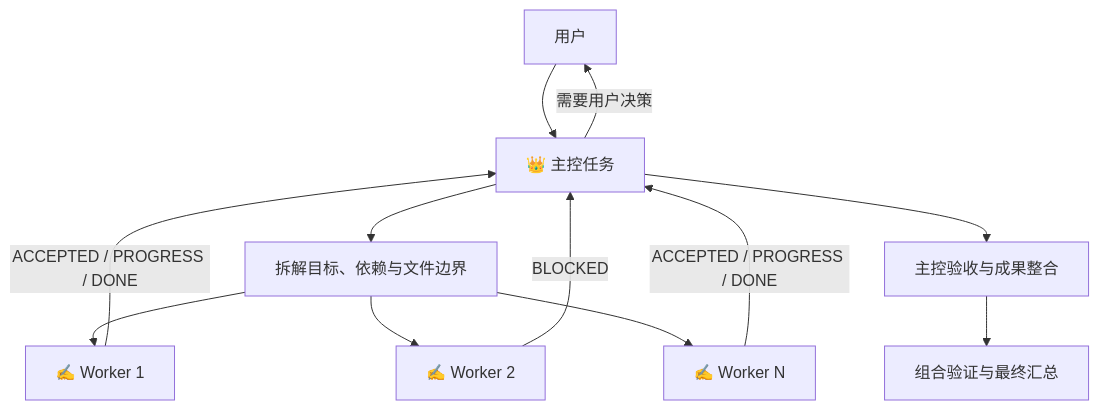
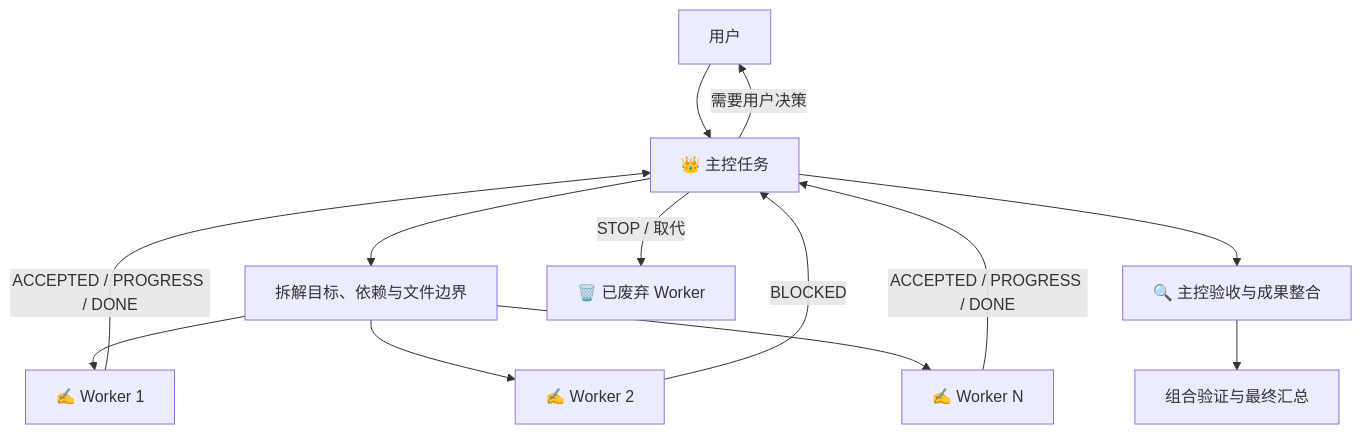
Before and after one commit to BillSJC/orchestrate-codex-tasks: the diagram in README.zh-CN.md, drawn with Mermaid. The commit also changed other lines of this file and 7 other files, not shown here.

````diff
--- a/README.zh-CN.md
+++ b/README.zh-CN.md
@@ -148,14 +174,15 @@
 ```mermaid
 flowchart TD
     U["用户"] --> C["👑 主控任务"]
     C --> P["拆解目标、依赖与文件边界"]
     P --> W1["✍️ Worker 1"]
     P --> W2["✍️ Worker 2"]
     P --> W3["✍️ Worker N"]
     W1 -->|"ACCEPTED / PROGRESS / DONE"| C
     W2 -->|"BLOCKED"| C
     W3 -->|"ACCEPTED / PROGRESS / DONE"| C
     C -->|"需要用户决策"| U
-    C --> V["主控验收与成果整合"]
+    C --> V["🔍 主控验收与成果整合"]
+    C -->|"STOP / 取代"| X["🗑️ 已废弃 Worker"]
     V --> R["组合验证与最终汇总"]
 ```
````
